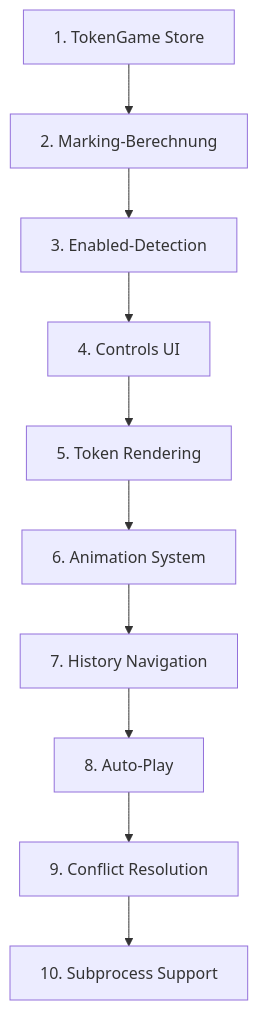
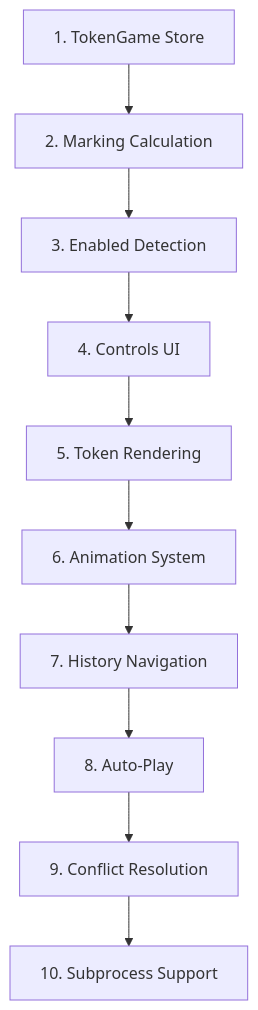
Before and after one commit to woped/woped-next: the sixth of 6 diagrams in docs/migration/04-token-game.md, drawn with Mermaid. The commit also changed other lines of this file and 24 other files, not shown here.

````diff
--- a/docs/migration/04-token-game.md
+++ b/docs/migration/04-token-game.md
@@ -258,12 +258,12 @@
 ```mermaid
 flowchart TD
-    S1[1. TokenGame Store] --> S2[2. Marking-Berechnung]
-    S2 --> S3[3. Enabled-Detection]
+    S1[1. TokenGame Store] --> S2[2. Marking Calculation]
+    S2 --> S3[3. Enabled Detection]
     S3 --> S4[4. Controls UI]
     S4 --> S5[5. Token Rendering]
     S5 --> S6[6. Animation System]
     S6 --> S7[7. History Navigation]
     S7 --> S8[8. Auto-Play]
     S8 --> S9[9. Conflict Resolution]
     S9 --> S10[10. Subprocess Support]
 ```
````
